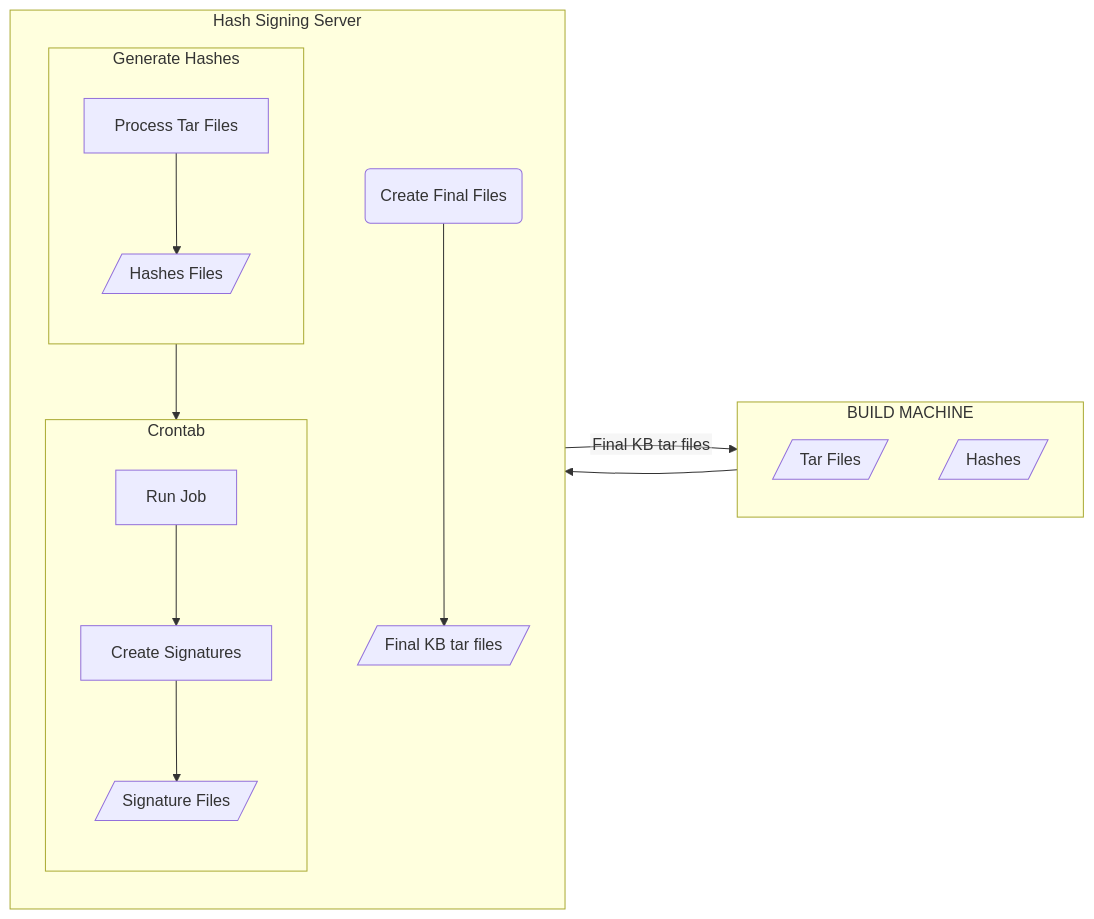
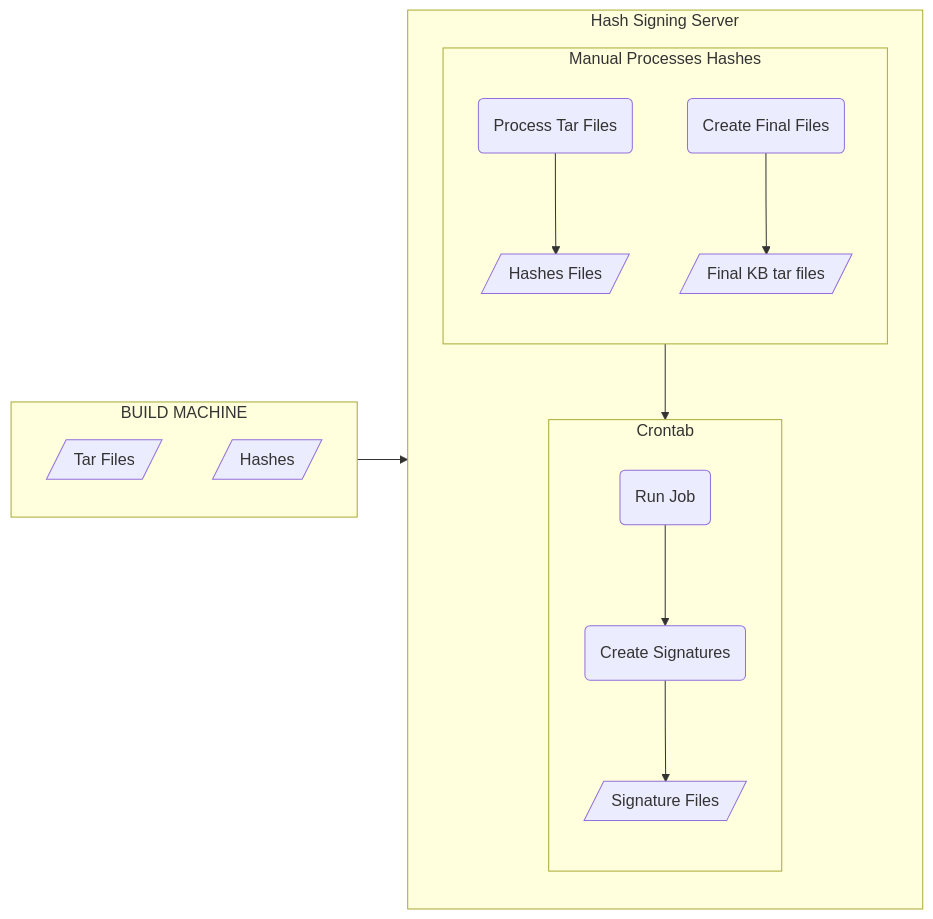
One commit to lopezji/test-repository changed the diagram in README.md. Above: the diagram before and after it, drawn with Mermaid.

Commit message:
Working diagrams

````diff
--- a/README.md
+++ b/README.md
@@ -4,32 +4,29 @@
 ```mermaid
 %%{init: {"flowchart": {"htmlLabels": false}} }%%
 flowchart LR
     subgraph a["BUILD MACHINE"]
         direction TB
             a1[/Tar Files/]
             a2[/Hashes/]
     end
 
      subgraph b["Hash Signing Server"]
         direction TB
-            subgraph b1[Generate Hashes]
+            subgraph b1[Manual Processes Hashes]
                 direction TB
-                 b11[Process Tar Files] --> b12[/Hashes Files/]
+                b11(Process Tar Files) --> b12[/Hashes Files/]
+                c1("Create Final Files") --> c2[/Final KB tar files/]
             end
 
             subgraph b2["Crontab"]
                 direction TB 
-                b21["Run Job"] --> b22[Create Signatures]
+                b21("Run Job") --> b22(Create Signatures)
                 b22 --> b23[/Signature Files/]
             end 
-
-            c1("Create Final Files") --> c2[/Final KB tar files/]
-
-            b12 --> b21
+            b12 --> b2
             
      end               
 
-     a --> b21
+     a --> b
 
-     b -- "Final KB tar files" --> a
 ```
````
